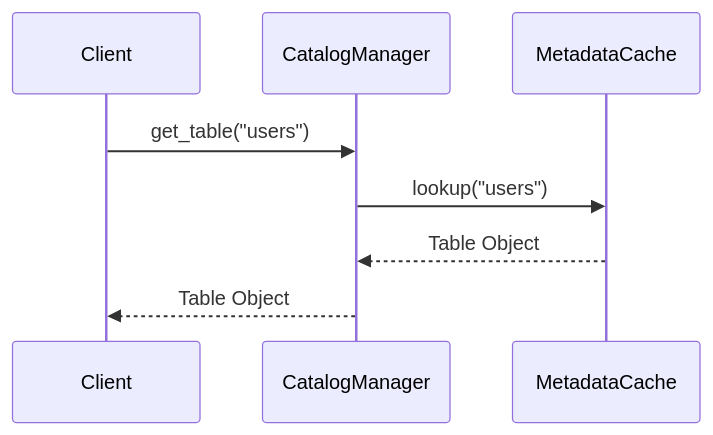
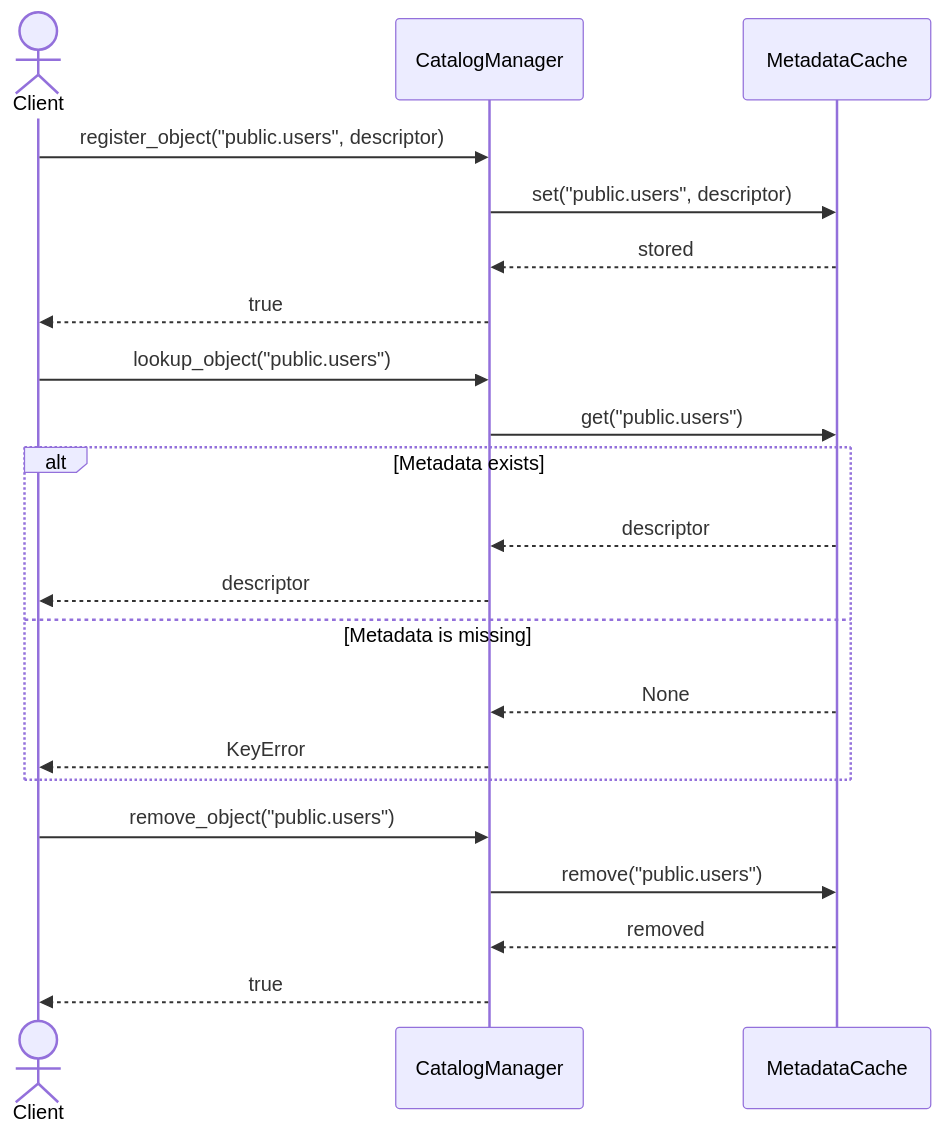
Before and after one commit to taitran501/DBMS: the sixth of 21 diagrams in README.md, drawn with Mermaid. The commit also changed other lines of this file and 2 other files, not shown here.

Commit message:
docs(database_object): add Repository Pattern diagrams

````diff
--- a/README.md
+++ b/README.md
@@ -941,11 +941,26 @@
 ```mermaid
 sequenceDiagram
-    participant Client
+    actor Client
     participant CatalogManager
     participant MetadataCache
 
-    Client->>CatalogManager: get_table("users")
-    CatalogManager->>MetadataCache: lookup("users")
-    MetadataCache-->>CatalogManager: Table Object
-    CatalogManager-->>Client: Table Object
+    Client->>CatalogManager: register_object("public.users", descriptor)
+    CatalogManager->>MetadataCache: set("public.users", descriptor)
+    MetadataCache-->>CatalogManager: stored
+    CatalogManager-->>Client: true
+
+    Client->>CatalogManager: lookup_object("public.users")
+    CatalogManager->>MetadataCache: get("public.users")
+    alt Metadata exists
+        MetadataCache-->>CatalogManager: descriptor
+        CatalogManager-->>Client: descriptor
+    else Metadata is missing
+        MetadataCache-->>CatalogManager: None
+        CatalogManager-->>Client: KeyError
+    end
+
+    Client->>CatalogManager: remove_object("public.users")
+    CatalogManager->>MetadataCache: remove("public.users")
+    MetadataCache-->>CatalogManager: removed
+    CatalogManager-->>Client: true
 ```
````
